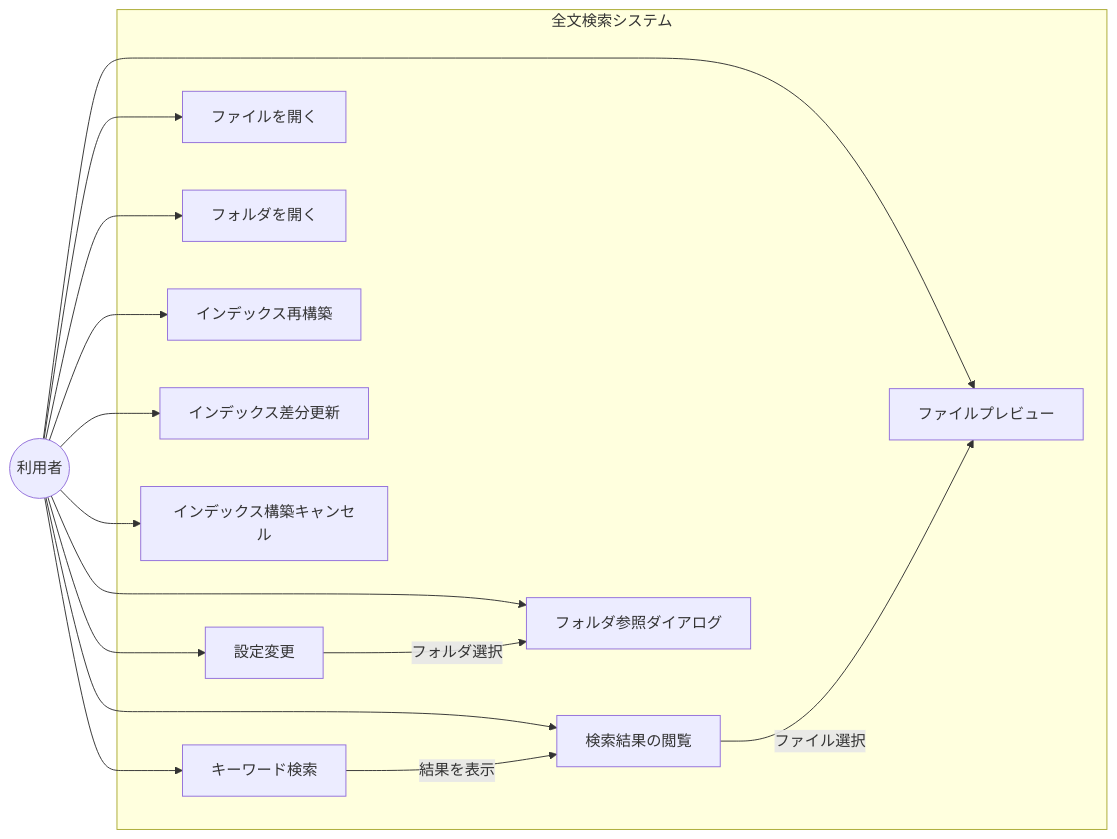
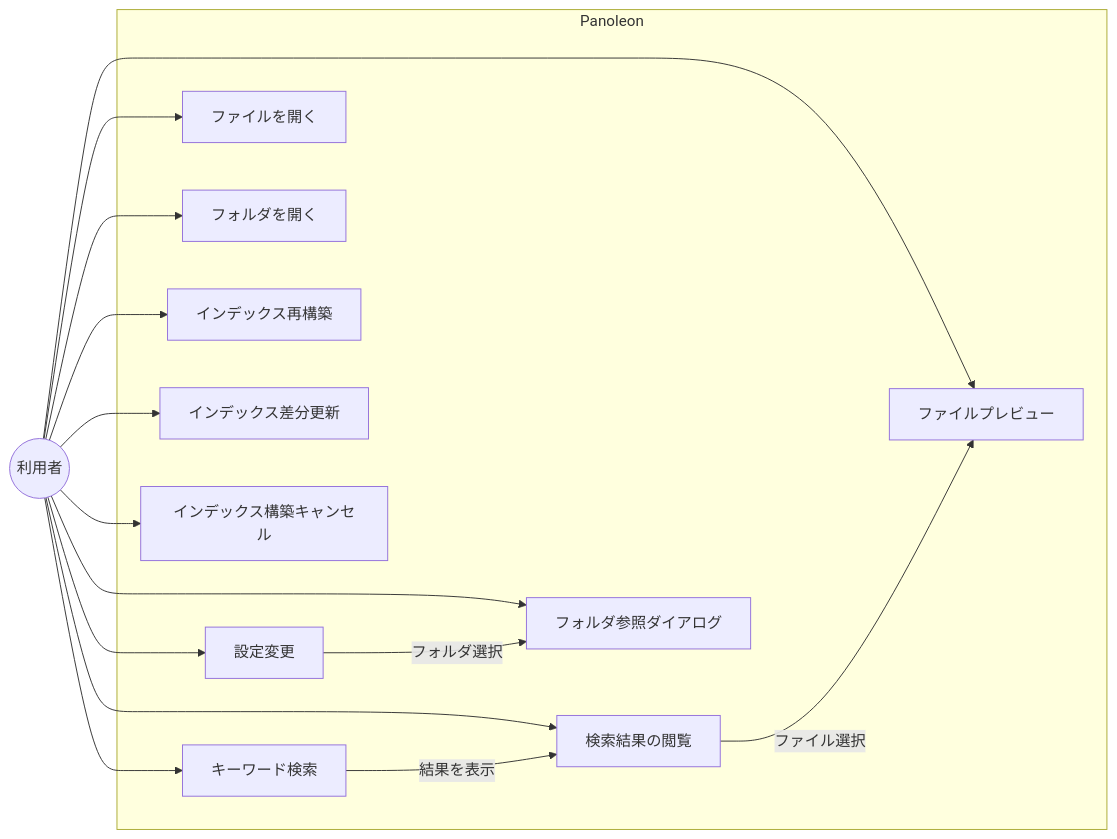
One commit to zndmonya-dot/FileSearchApp- changed the first of 15 diagrams in docs/UML図.md. Above: the diagram before and after it, drawn with Mermaid. The commit also changed other lines of this file and 57 other files, not shown here.

````diff
--- a/docs/UML図.md
+++ b/docs/UML図.md
@@ -10,32 +10,32 @@
 ```mermaid
 graph LR
     User((利用者))
 
-    subgraph 全文検索システム
+    subgraph Panoleon
         UC1[キーワード検索]
         UC2[検索結果の閲覧]
         UC3[ファイルプレビュー]
         UC4[ファイルを開く]
         UC5[フォルダを開く]
         UC7[インデックス再構築]
         UC8[インデックス差分更新]
         UC9[インデックス構築キャンセル]
         UC10[設定変更]
         UC11[フォルダ参照ダイアログ]
     end
 
     User --> UC1
     User --> UC2
     User --> UC3
     User --> UC4
     User --> UC5
     User --> UC7
     User --> UC8
     User --> UC9
     User --> UC10
     User --> UC11
 
     UC1 -->|結果を表示| UC2
     UC2 -->|ファイル選択| UC3
     UC10 -->|フォルダ選択| UC11
 ```
````
